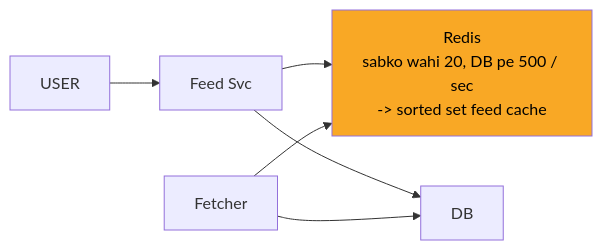
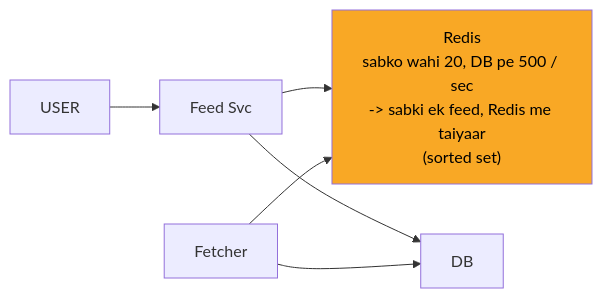
Before and after one commit to ArpanMaheshwari144/Prep: the second of 11 diagrams in 04_HLD/SYSTEM_DESIGNS/08_news_aggregator/08_news_aggregator_INTERVIEW.md, drawn with Mermaid. The commit also changed other lines of this file and 13 other files, not shown here.

````diff
--- a/04_HLD/SYSTEM_DESIGNS/08_news_aggregator/08_news_aggregator_INTERVIEW.md
+++ b/04_HLD/SYSTEM_DESIGNS/08_news_aggregator/08_news_aggregator_INTERVIEW.md
@@ -84,14 +84,14 @@
 ```mermaid
 flowchart LR
     n_USER["USER"]
     n_Feed_Svc["Feed Svc"]
-    n_Redis["Redis<br/>sabko wahi 20, DB pe 500 / sec<br/>-> sorted set feed cache"]
+    n_Redis["Redis<br/>sabko wahi 20, DB pe 500 / sec<br/>-> sabki ek feed, Redis me taiyaar<br/>(sorted set)"]
     n_DB["DB"]
     n_Fetcher["Fetcher"]
     n_USER --> n_Feed_Svc
     n_Feed_Svc --> n_Redis
     n_Feed_Svc --> n_DB
     n_Fetcher --> n_DB
     n_Fetcher --> n_Redis
     style n_Redis fill:#f9a825,color:#000
 ```
````
